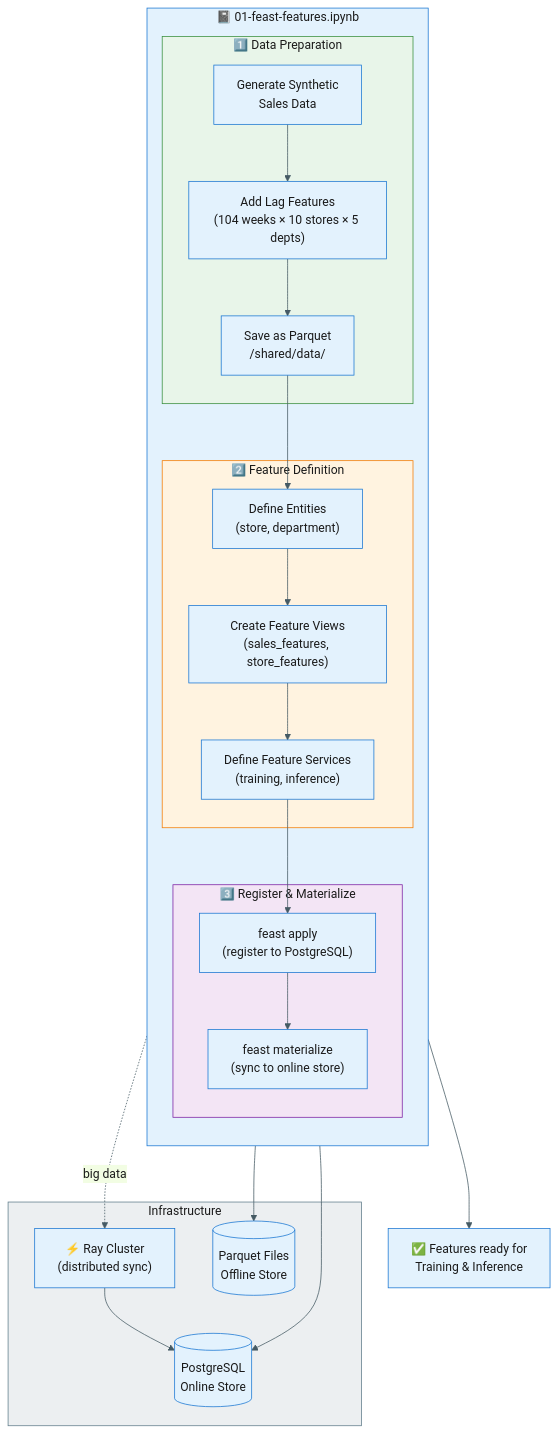
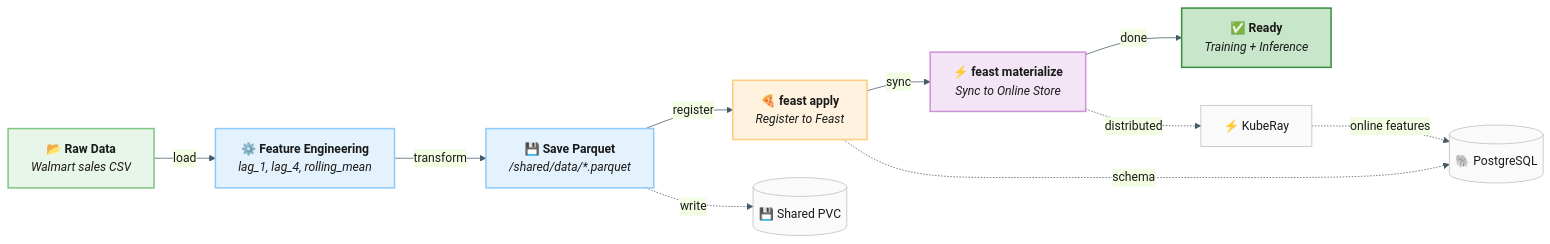
The diagram in examples/complete-mlops-pipeline/docs/01-features-workflow.mmd (abhijeet-dhumal/sales-demand-forecasting), drawn with Mermaid before and after one commit. The commit also changed other lines of this file and 20 other files, not shown here.

```diff
--- a/examples/complete-mlops-pipeline/docs/01-features-workflow.mmd
+++ b/examples/complete-mlops-pipeline/docs/01-features-workflow.mmd
@@ -1,47 +1,39 @@
-%%{init: {'theme': 'base', 'themeVariables': { 'primaryColor': '#e3f2fd', 'primaryTextColor': '#1a1a1a', 'primaryBorderColor': '#1976d2', 'lineColor': '#455a64'}}}%%
-flowchart TB
-    subgraph Notebook["📓 01-feast-features.ipynb"]
-        direction TB
-        
-        subgraph Data["1️⃣ Data Preparation"]
-            D1["Generate Synthetic<br/>Sales Data"]
-            D2["Add Lag Features<br/>(104 weeks × 10 stores × 5 depts)"]
-            D3["Save as Parquet<br/>/shared/data/"]
-        end
-        
-        subgraph Define["2️⃣ Feature Definition"]
-            F1["Define Entities<br/>(store, department)"]
-            F2["Create Feature Views<br/>(sales_features, store_features)"]
-            F3["Define Feature Services<br/>(training, inference)"]
-        end
-        
-        subgraph Register["3️⃣ Register & Materialize"]
-            R1["feast apply<br/>(register to PostgreSQL)"]
-            R2["feast materialize<br/>(sync to online store)"]
-        end
-    end
+%%{init: {
+  'theme': 'base',
+  'themeVariables': {
+    'primaryColor': '#e3f2fd',
+    'primaryTextColor': '#1a1a1a',
+    'primaryBorderColor': '#90caf9',
+    'lineColor': '#455a64'
+  }
+}}%%
+flowchart LR
+    %% Main unidirectional flow
+    A["📂 <b>Raw Data</b><br/><i>Walmart sales CSV</i>"]
+    B["⚙️ <b>Feature Engineering</b><br/><i>lag_1, lag_4, rolling_mean</i>"]
+    C["💾 <b>Save Parquet</b><br/><i>/shared/data/*.parquet</i>"]
+    D["🍕 <b>feast apply</b><br/><i>Register to Feast</i>"]
+    E["⚡ <b>feast materialize</b><br/><i>Sync to Online Store</i>"]
+    F["✅ <b>Ready</b><br/><i>Training + Inference</i>"]
 
-    subgraph Infra["Infrastructure"]
-        Ray["⚡ Ray Cluster<br/>(distributed sync)"]
-        PG[(PostgreSQL<br/>Online Store)]
-        PVC[(Parquet Files<br/>Offline Store)]
-    end
+    A -->|"load"| B -->|"transform"| C -->|"register"| D -->|"sync"| E -->|"done"| F
 
-    D1 --> D2 --> D3
-    D3 --> F1
-    F1 --> F2 --> F3
-    F3 --> R1 --> R2
+    %% Infrastructure (below)
+    PVC[("💾 Shared PVC")]
+    PG[("🐘 PostgreSQL")]
+    Ray["⚡ KubeRay"]
 
-    D3 --> PVC
-    R1 --> PG
-    R2 -.->|"big data"| Ray
-    Ray --> PG
+    C -.->|"write"| PVC
+    D -.->|"schema"| PG
+    E -.->|"distributed"| Ray
+    Ray -.->|"online features"| PG
 
-    Output["✅ Features ready for<br/>Training & Inference"]
-    R2 --> Output
-
-    style Notebook fill:#e3f2fd,stroke:#1976d2,color:#1a1a1a
-    style Data fill:#e8f5e9,stroke:#388e3c,color:#1a1a1a
-    style Define fill:#fff3e0,stroke:#f57c00,color:#1a1a1a
-    style Register fill:#f3e5f5,stroke:#7b1fa2,color:#1a1a1a
-    style Infra fill:#eceff1,stroke:#607d8b,color:#1a1a1a
+    style A fill:#e8f5e9,stroke:#81c784,stroke-width:2px
+    style B fill:#e3f2fd,stroke:#90caf9,stroke-width:2px
+    style C fill:#e3f2fd,stroke:#90caf9,stroke-width:2px
+    style D fill:#fff3e0,stroke:#ffcc80,stroke-width:2px
+    style E fill:#f3e5f5,stroke:#ce93d8,stroke-width:2px
+    style F fill:#c8e6c9,stroke:#388e3c,stroke-width:2px
+    style PVC fill:#fafafa,stroke:#bdbdbd
+    style PG fill:#fafafa,stroke:#bdbdbd
+    style Ray fill:#fafafa,stroke:#bdbdbd
```
